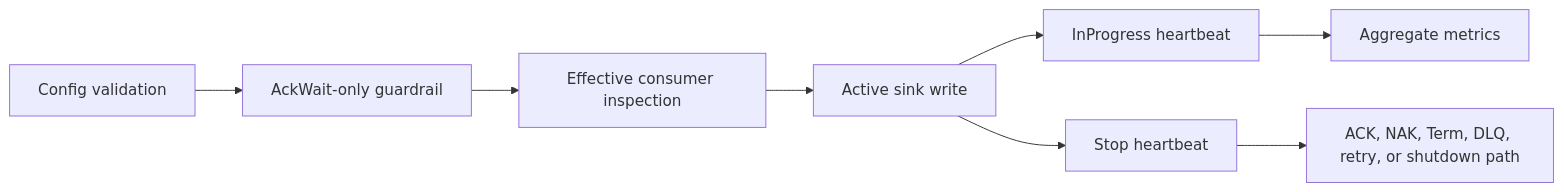
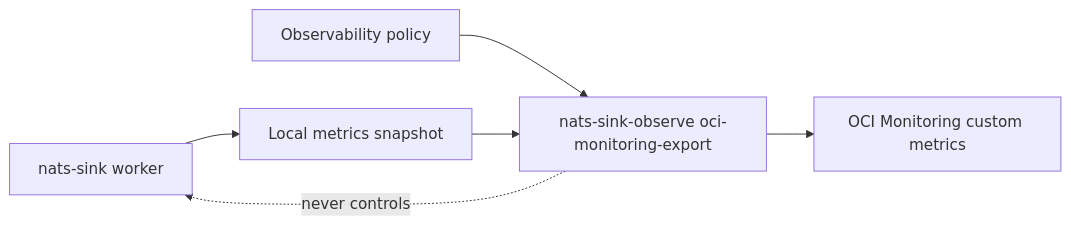
One commit to ProjectCuillin/nats-sinks changed the diagram in docs/test-report.md. Above: the diagram before and after it, drawn with Mermaid. The commit also changed other lines of this file and 35 other files, not shown here.

Commit message:
Add OCI Monitoring observability connector

````diff
--- a/docs/test-report.md
+++ b/docs/test-report.md
@@ -33,10 +33,8 @@
 ```mermaid
 flowchart LR
-    Config[Config validation] --> Guardrail[AckWait-only guardrail]
-    Guardrail --> Inspect[Effective consumer inspection]
-    Inspect --> Write[Active sink write]
-    Write --> Heartbeat[InProgress heartbeat]
-    Heartbeat --> Metrics[Aggregate metrics]
-    Write --> Stop[Stop heartbeat]
-    Stop --> Final[ACK, NAK, Term, DLQ, retry, or shutdown path]
+    Worker[nats-sink worker] --> Snapshot[Local metrics snapshot]
+    Policy[Observability policy] --> OCI[nats-sink-observe oci-monitoring-export]
+    Snapshot --> OCI
+    OCI --> Monitoring[OCI Monitoring custom metrics]
+    OCI -. never controls .-> Worker
 ```
````
